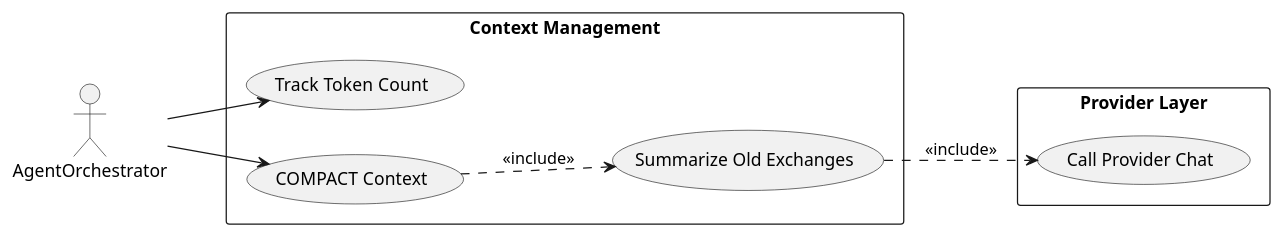
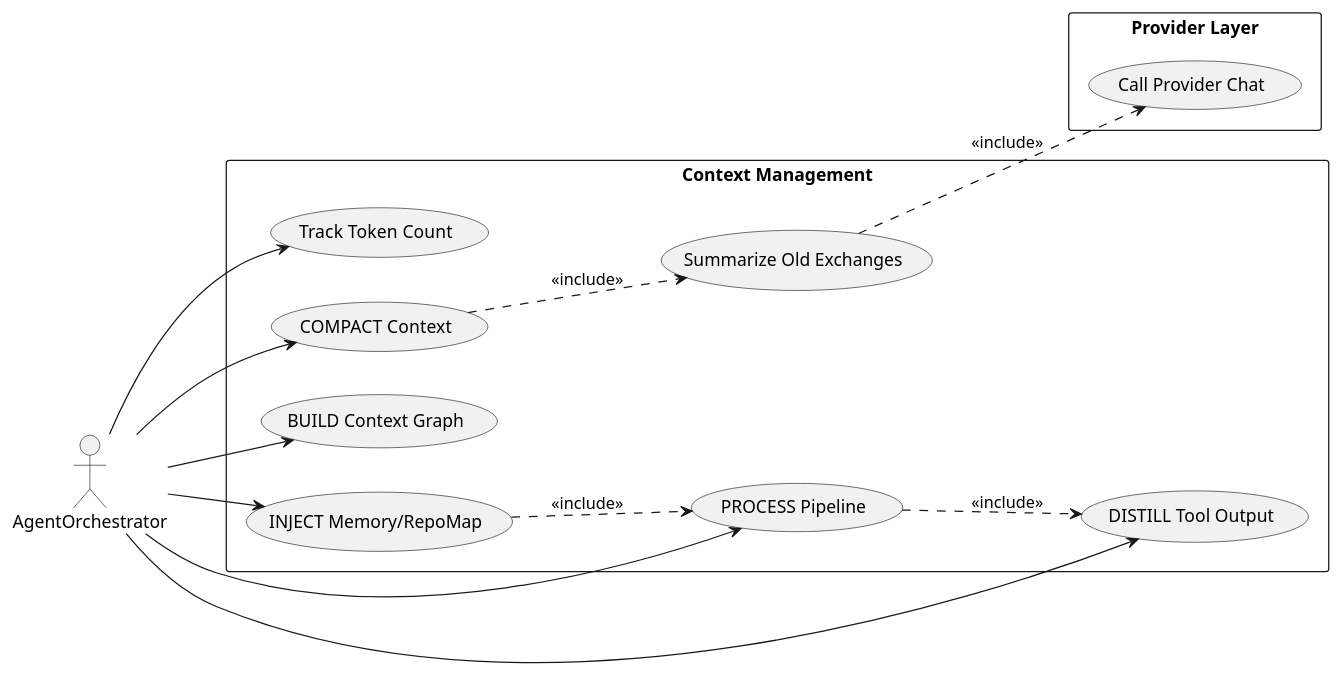
One commit to salimnamvar/nasim changed the diagram in docs/UC/uc_context.puml. Above: the diagram before and after it, drawn with PlantUML. The commit also changed 52 other files, not shown here.

First line of the commit message:
docs: Add new use cases and diagrams for evaluation, repo intelligence, and wire log management

```diff
--- a/docs/UC/uc_context.puml
+++ b/docs/UC/uc_context.puml
@@ -1,32 +1,42 @@
 @startuml uc_context
 ' ============================================================
 ' Title:     nasim — UC: Context Management
 ' Boundary:  nasim code agent CLI
 ' Purpose:   Token counting and context window compaction
 ' Milestone: v1.0
 ' Version:   2.0.0
 ' Source:    docs/audit/audit_2026-06-20_capability-and-architecture.md
 ' Review:    —
 ' ============================================================
 
 left to right direction
 skinparam packageStyle rectangle
 
 actor "AgentOrchestrator" as agent
 
 rectangle "Context Management" {
     usecase "Track Token Count" as UC_CTX_01
     usecase "COMPACT Context" as UC_CTX_02
     usecase "Summarize Old Exchanges" as UC_CTX_03
+    usecase "BUILD Context Graph" as UC_CTX_04
+    usecase "PROCESS Pipeline" as UC_CTX_05
+    usecase "DISTILL Tool Output" as UC_CTX_06
+    usecase "INJECT Memory/RepoMap" as UC_CTX_07
 }
 
 rectangle "Provider Layer" {
     usecase "Call Provider Chat" as UC_PRV_01
 }
 
 agent --> UC_CTX_01
 agent --> UC_CTX_02
+agent --> UC_CTX_04
+agent --> UC_CTX_05
+agent --> UC_CTX_06
+agent --> UC_CTX_07
 UC_CTX_02 ..> UC_CTX_03 : <<include>>
 UC_CTX_03 ..> UC_PRV_01 : <<include>>
+UC_CTX_05 ..> UC_CTX_06 : <<include>>
+UC_CTX_07 ..> UC_CTX_05 : <<include>>
 
 @enduml
```
